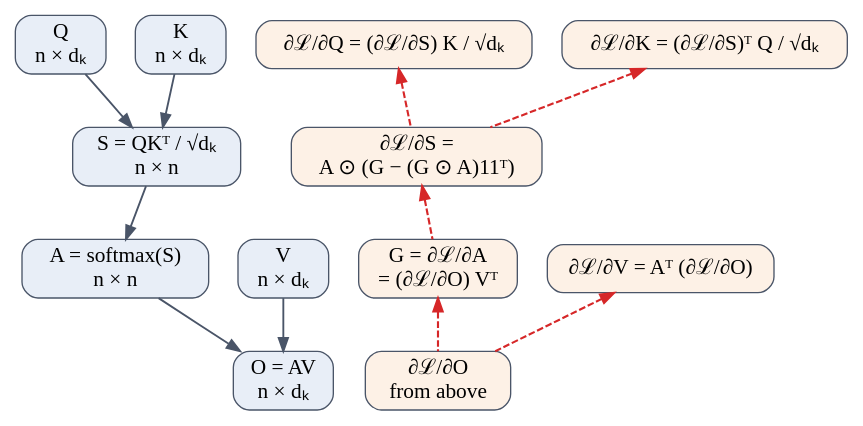
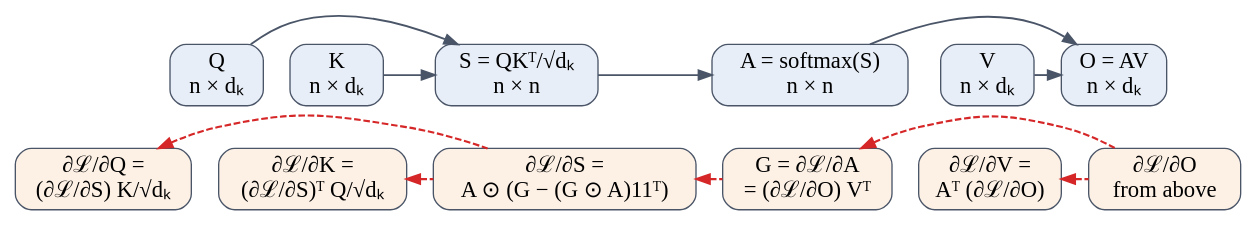
Before and after one commit to Beaker12/llmatlas: the diagram in chapters/02-mathematics/figures/attention-graph.dot, drawn with Graphviz. The commit also changed 18 other files, not shown here.

First line of the commit message:
Chapter 2: figure corrections

```diff
--- a/chapters/02-mathematics/figures/attention-graph.dot
+++ b/chapters/02-mathematics/figures/attention-graph.dot
@@ -1,42 +1,47 @@
-// Scaled dot-product attention as a computation graph. Rendered with rankdir LR.
-// Top: forward values and their shapes. Below: the backward pass, one VJP per node. Backward edges are written
-// left to right with dir=back, so both passes keep the same column order and the arrows point the way gradients flow.
+// Scaled dot-product attention as a computation graph. Rendered with rankdir TB.
+// Top row: the forward values with their shapes, left to right. Bottom row: the backward pass as its mirror; each
+// vector-Jacobian product sits directly below the forward quantity it is the gradient of, and its arrows run right
+// to left (written left to right with dir=back so that both rows keep one column order).
 // Attributes are set per node and per edge because the renderer's theme replaces the defaults.
 digraph attention_graph {
-  graph [fontname="DejaVu Sans", nodesep=0.3, ranksep=0.55, newrank=true];
+  graph [fontname="DejaVu Sans", nodesep=0.28, ranksep=0.45, newrank=true];
 
-  Q  [label="Q\nn × dₖ", fontsize=16, shape=box, style="rounded,filled", color="#4a5568", fillcolor="#e8eef7"];
-  K  [label="K\nn × dₖ", fontsize=16, shape=box, style="rounded,filled", color="#4a5568", fillcolor="#e8eef7"];
-  V  [label="V\nn × dₖ", fontsize=16, shape=box, style="rounded,filled", color="#4a5568", fillcolor="#e8eef7"];
-  S  [label="S = QKᵀ / √dₖ\nn × n", fontsize=16, shape=box, style="rounded,filled", color="#4a5568", fillcolor="#e8eef7"];
-  A  [label="A = softmax(S)\nn × n", fontsize=16, shape=box, style="rounded,filled", color="#4a5568", fillcolor="#e8eef7"];
-  O  [label="O = AV\nn × dₖ", fontsize=16, shape=box, style="rounded,filled", color="#4a5568", fillcolor="#e8eef7"];
+  Q  [label="Q\nn × dₖ", fontsize=17, shape=box, style="rounded,filled", color="#4a5568", fillcolor="#e8eef7"];
+  K  [label="K\nn × dₖ", fontsize=17, shape=box, style="rounded,filled", color="#4a5568", fillcolor="#e8eef7"];
+  S  [label="S = QKᵀ/√dₖ\nn × n", fontsize=17, shape=box, style="rounded,filled", color="#4a5568", fillcolor="#e8eef7"];
+  A  [label="A = softmax(S)\nn × n", fontsize=17, shape=box, style="rounded,filled", color="#4a5568", fillcolor="#e8eef7"];
+  V  [label="V\nn × dₖ", fontsize=17, shape=box, style="rounded,filled", color="#4a5568", fillcolor="#e8eef7"];
+  O  [label="O = AV\nn × dₖ", fontsize=17, shape=box, style="rounded,filled", color="#4a5568", fillcolor="#e8eef7"];
 
-  dQ [label="∂ℒ/∂Q = (∂ℒ/∂S) K / √dₖ", fontsize=16, shape=box, style="rounded,filled", color="#4a5568", fillcolor="#fdf1e6"];
-  dK [label="∂ℒ/∂K = (∂ℒ/∂S)ᵀ Q / √dₖ", fontsize=16, shape=box, style="rounded,filled", color="#4a5568", fillcolor="#fdf1e6"];
-  dS [label="∂ℒ/∂S =\nA ⊙ (G − (G ⊙ A)11ᵀ)", fontsize=16, shape=box, style="rounded,filled", color="#4a5568", fillcolor="#fdf1e6"];
-  G  [label="G = ∂ℒ/∂A\n= (∂ℒ/∂O) Vᵀ", fontsize=16, shape=box, style="rounded,filled", color="#4a5568", fillcolor="#fdf1e6"];
-  dV [label="∂ℒ/∂V = Aᵀ (∂ℒ/∂O)", fontsize=16, shape=box, style="rounded,filled", color="#4a5568", fillcolor="#fdf1e6"];
-  dO [label="∂ℒ/∂O\nfrom above", fontsize=16, shape=box, style="rounded,filled", color="#4a5568", fillcolor="#fdf1e6"];
+  dQ [label="∂ℒ/∂Q =\n(∂ℒ/∂S) K/√dₖ", fontsize=17, shape=box, style="rounded,filled", color="#4a5568", fillcolor="#fdf1e6"];
+  dK [label="∂ℒ/∂K =\n(∂ℒ/∂S)ᵀ Q/√dₖ", fontsize=17, shape=box, style="rounded,filled", color="#4a5568", fillcolor="#fdf1e6"];
+  dS [label="∂ℒ/∂S =\nA ⊙ (G − (G ⊙ A)11ᵀ)", fontsize=17, shape=box, style="rounded,filled", color="#4a5568", fillcolor="#fdf1e6"];
+  G  [label="G = ∂ℒ/∂A\n= (∂ℒ/∂O) Vᵀ", fontsize=17, shape=box, style="rounded,filled", color="#4a5568", fillcolor="#fdf1e6"];
+  dV [label="∂ℒ/∂V =\nAᵀ (∂ℒ/∂O)", fontsize=17, shape=box, style="rounded,filled", color="#4a5568", fillcolor="#fdf1e6"];
+  dO [label="∂ℒ/∂O\nfrom above", fontsize=17, shape=box, style="rounded,filled", color="#4a5568", fillcolor="#fdf1e6"];
 
-  { rank=same; Q; K; dQ; dK; }
-  { rank=same; S; dS; }
-  { rank=same; A; V; G; dV; }
-  { rank=same; O; dO; }
+  { rank=same; Q; K; S; A; V; O; }
+  { rank=same; dQ; dK; dS; G; dV; dO; }
 
+  // forward
+  Q -> K [style=invis];
+  K -> S [color="#4a5568", penwidth=1.4];
   Q -> S [color="#4a5568", penwidth=1.4];
-  K -> S [color="#4a5568", penwidth=1.4];
   S -> A [color="#4a5568", penwidth=1.4];
+  A -> V [style=invis];
+  V -> O [color="#4a5568", penwidth=1.4];
   A -> O [color="#4a5568", penwidth=1.4];
-  V -> O [color="#4a5568", penwidth=1.4];
 
+  // backward, right to left
+  dQ -> dK [style=invis];
+  dK -> dS [dir=back, style=dashed, color="#d62728", penwidth=1.6];
   dQ -> dS [dir=back, style=dashed, color="#d62728", penwidth=1.6];
-  dK -> dS [dir=back, style=dashed, color="#d62728", penwidth=1.6];
   dS -> G  [dir=back, style=dashed, color="#d62728", penwidth=1.6];
+  G -> dV  [style=invis];
+  dV -> dO [dir=back, style=dashed, color="#d62728", penwidth=1.6];
   G -> dO  [dir=back, style=dashed, color="#d62728", penwidth=1.6];
-  dV -> dO [dir=back, style=dashed, color="#d62728", penwidth=1.6];
 
-  Q -> K [style=invis]; K -> dQ [style=invis]; dQ -> dK [style=invis];
-  A -> V [style=invis]; V -> G [style=invis]; G -> dV [style=invis];
-  S -> dS [style=invis]; O -> dO [style=invis];
+  // columns
+  Q -> dQ [style=invis]; K -> dK [style=invis]; S -> dS [style=invis];
+  A -> G [style=invis]; V -> dV [style=invis]; O -> dO [style=invis];
 }
```
